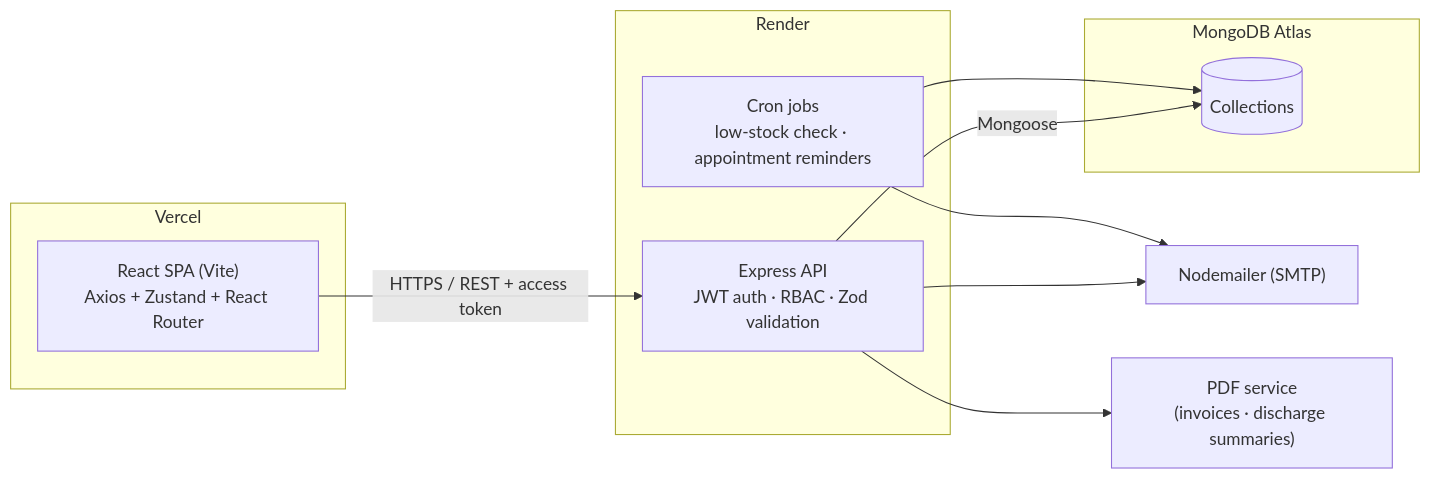
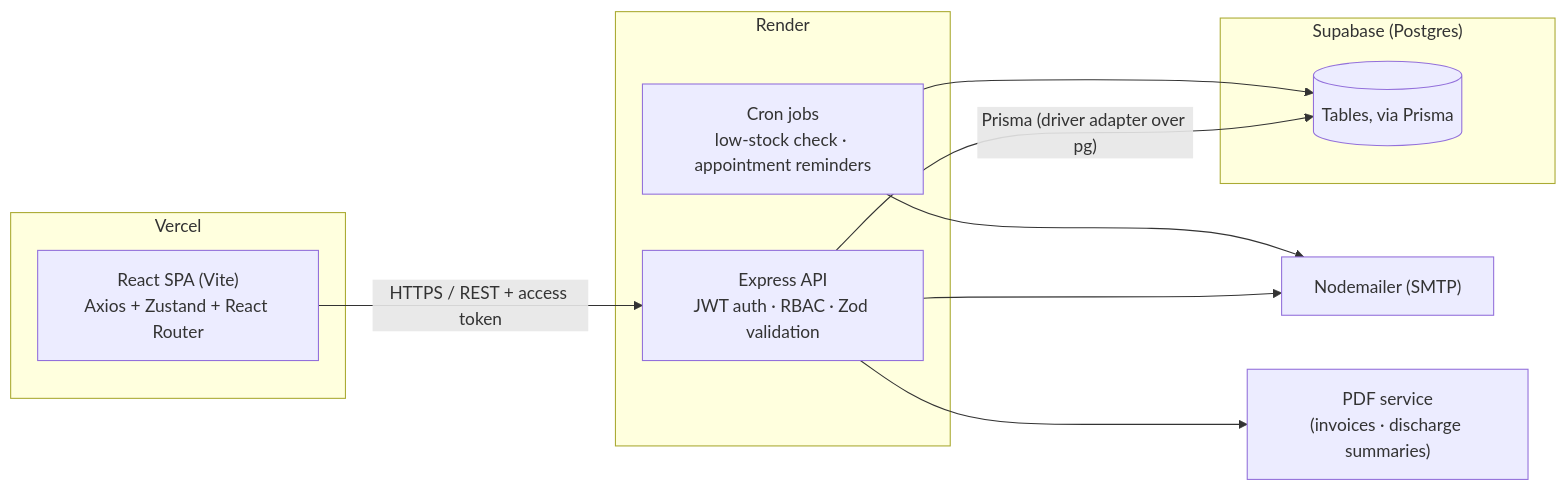
The first of 2 diagrams in README.md (Vuday3336/Hosipital-Management-), drawn with Mermaid before and after one commit. The commit also changed other lines of this file and 54 other files, not shown here.

````diff
--- a/README.md
+++ b/README.md
@@ -20,22 +20,22 @@
 ```mermaid
 flowchart LR
     subgraph Client["Vercel"]
         RC["React SPA (Vite)\nAxios + Zustand + React Router"]
     end
     subgraph Server["Render"]
         API["Express API\nJWT auth · RBAC · Zod validation"]
         JOBS["Cron jobs\nlow-stock check · appointment reminders"]
     end
-    subgraph Data["MongoDB Atlas"]
-        DB[("Collections")]
+    subgraph Data["Supabase (Postgres)"]
+        DB[("Tables, via Prisma")]
     end
     MAIL["Nodemailer (SMTP)"]
     PDF["PDF service\n(invoices · discharge summaries)"]
 
     RC -- "HTTPS / REST + access token" --> API
-    API -- "Mongoose" --> DB
+    API -- "Prisma (driver adapter over pg)" --> DB
     API --> MAIL
     API --> PDF
     JOBS --> DB
     JOBS --> MAIL
 ```
````
